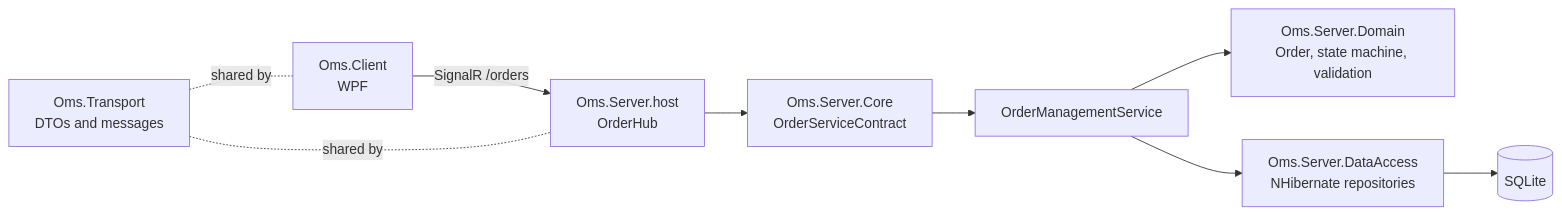
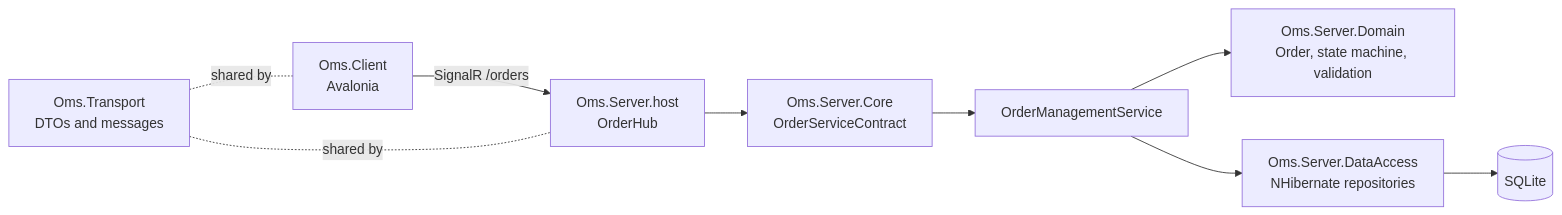
Before and after one commit to Tramber/YOMS: the first of 2 diagrams in docs/architecture.md, drawn with Mermaid. The commit also changed other lines of this file and 132 other files, not shown here.

First line of the commit message:
Port the client from WPF to Avalonia and retire the WPF project

````diff
--- a/docs/architecture.md
+++ b/docs/architecture.md
@@ -7,11 +7,11 @@
 ```mermaid
 flowchart LR
-    Client["Oms.Client<br/>WPF"] -- "SignalR /orders" --> Host["Oms.Server.host<br/>OrderHub"]
+    Client["Oms.Client<br/>Avalonia"] -- "SignalR /orders" --> Host["Oms.Server.host<br/>OrderHub"]
     Host --> Contract["Oms.Server.Core<br/>OrderServiceContract"]
     Contract --> Mgmt["OrderManagementService"]
     Mgmt --> Domain["Oms.Server.Domain<br/>Order, state machine, validation"]
     Mgmt --> Repo["Oms.Server.DataAccess<br/>NHibernate repositories"]
     Repo --> DB[("SQLite")]
     Transport["Oms.Transport<br/>DTOs and messages"] -.shared by.- Client
     Transport -.shared by.- Host
 ```
````
